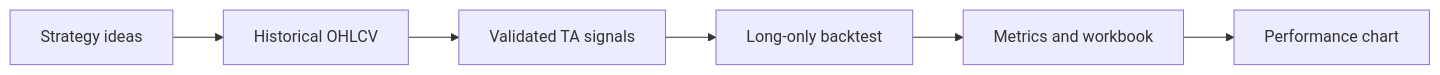
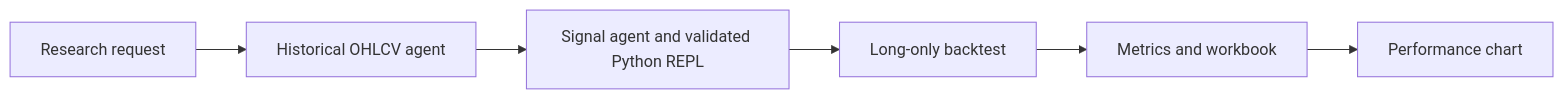
The diagram in docs/semantic_kernel.md (kimtth/agent-quant-stock-invest), drawn with Mermaid before and after one commit. The commit also changed other lines of this file and 59 other files, not shown here.

Commit message:
feat: change predefined signal creation to REPL-based dynamic creation (#16)

````diff
--- a/docs/semantic_kernel.md
+++ b/docs/semantic_kernel.md
@@ -9,8 +9,8 @@
 ```mermaid
 flowchart LR
-    A[Strategy ideas] --> B[Historical OHLCV]
-    B --> C[Validated TA signals]
+    A[Research request] --> B[Historical OHLCV agent]
+    B --> C[Signal agent and validated Python REPL]
     C --> D[Long-only backtest]
     D --> E[Metrics and workbook]
     E --> F[Performance chart]
 ```
````
